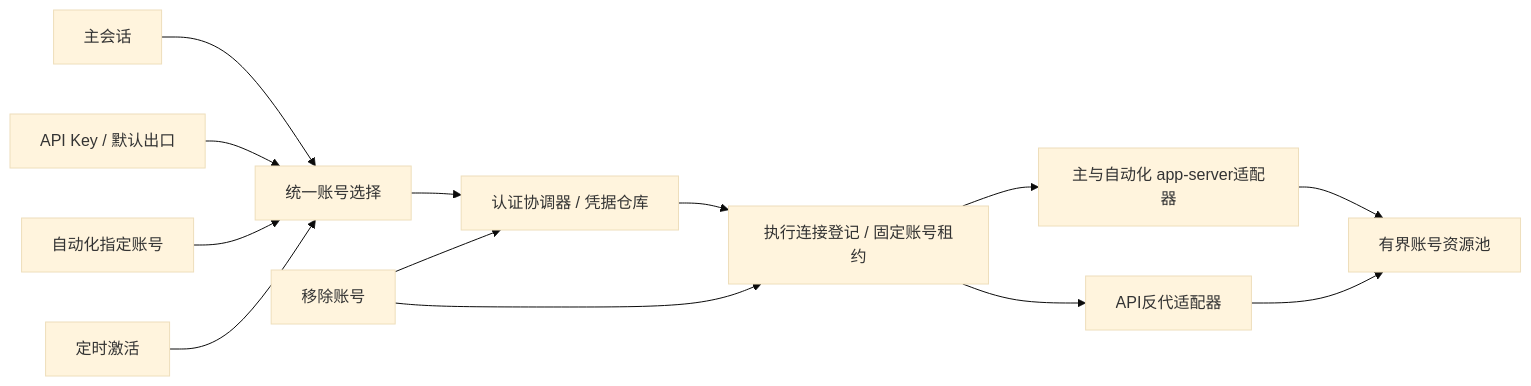
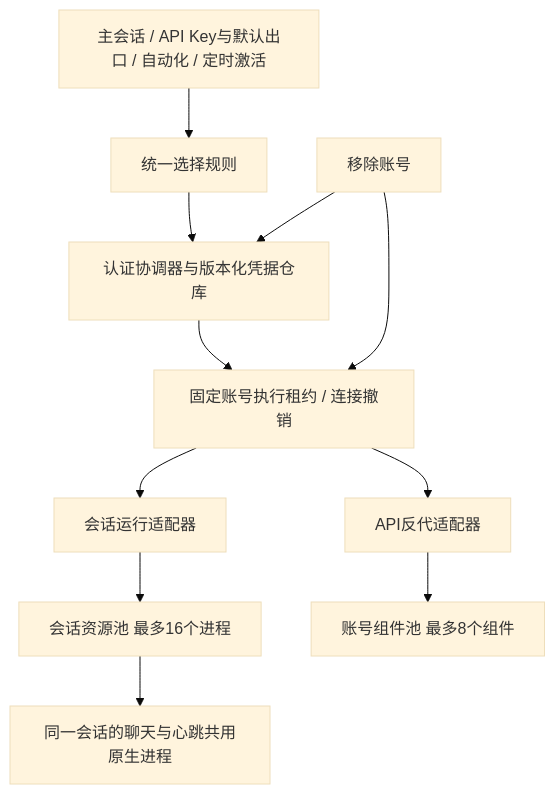
The diagram in docs/plans/20260910-0001-codexapp-0.2.14账号执行架构与开发验收.md (ERROR403XD/sidux), drawn with Mermaid (base theme) before and after one commit. The commit also changed other lines of this file and 6 other files, not shown here.

Commit message:
Document 0.2.14 architecture acceptance and project feature evolution

````diff
--- a/docs/plans/20260910-0001-codexapp-0.2.14账号执行架构与开发验收.md
+++ b/docs/plans/20260910-0001-codexapp-0.2.14账号执行架构与开发验收.md
@@ -27,15 +22,13 @@
 ```mermaid
-flowchart LR
-  Primary[主会话] --> Selection[统一账号选择]
-  API[API Key / 默认出口] --> Selection
-  Automation[自动化指定账号] --> Selection
-  Activation[定时激活] --> Selection
-  Selection --> Coordinator[认证协调器 / 凭据仓库]
-  Coordinator --> Registry[执行连接登记 / 固定账号租约]
-  Registry --> Native[主与自动化 app-server适配器]
-  Registry --> Proxy[API反代适配器]
-  Native --> Pool[有界账号资源池]
-  Proxy --> Pool
-  Remove[移除账号] --> Registry
-  Remove --> Coordinator
+flowchart TD
+  Inputs[主会话 / API Key与默认出口 / 自动化 / 定时激活] --> Select[统一选择规则]
+  Select --> Auth[认证协调器与版本化凭据仓库]
+  Auth --> Lease[固定账号执行租约 / 连接撤销]
+  Lease --> Session[会话运行适配器]
+  Lease --> API[API反代适配器]
+  Session --> Sessions[会话资源池 最多16个进程]
+  API --> Components[账号组件池 最多8个组件]
+  Sessions --> Native[同一会话的聊天与心跳共用原生进程]
+  Remove[移除账号] --> Lease
+  Remove --> Auth
 ```
````
